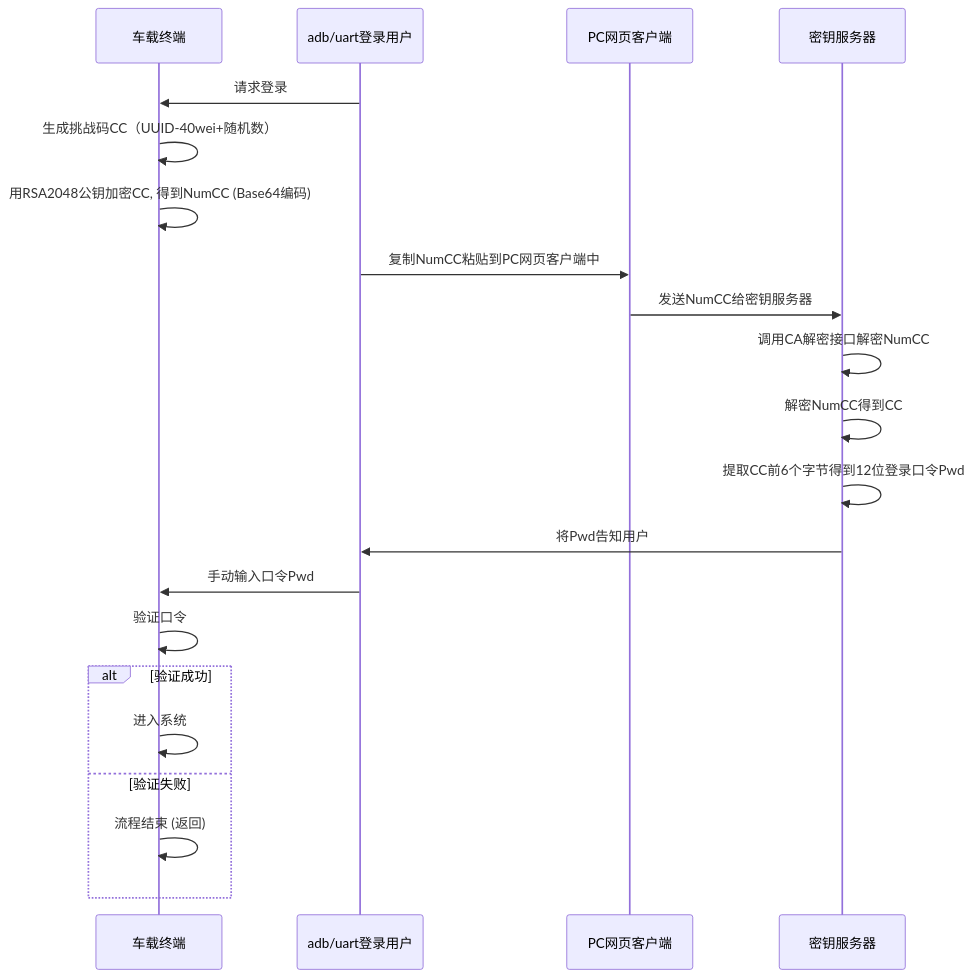
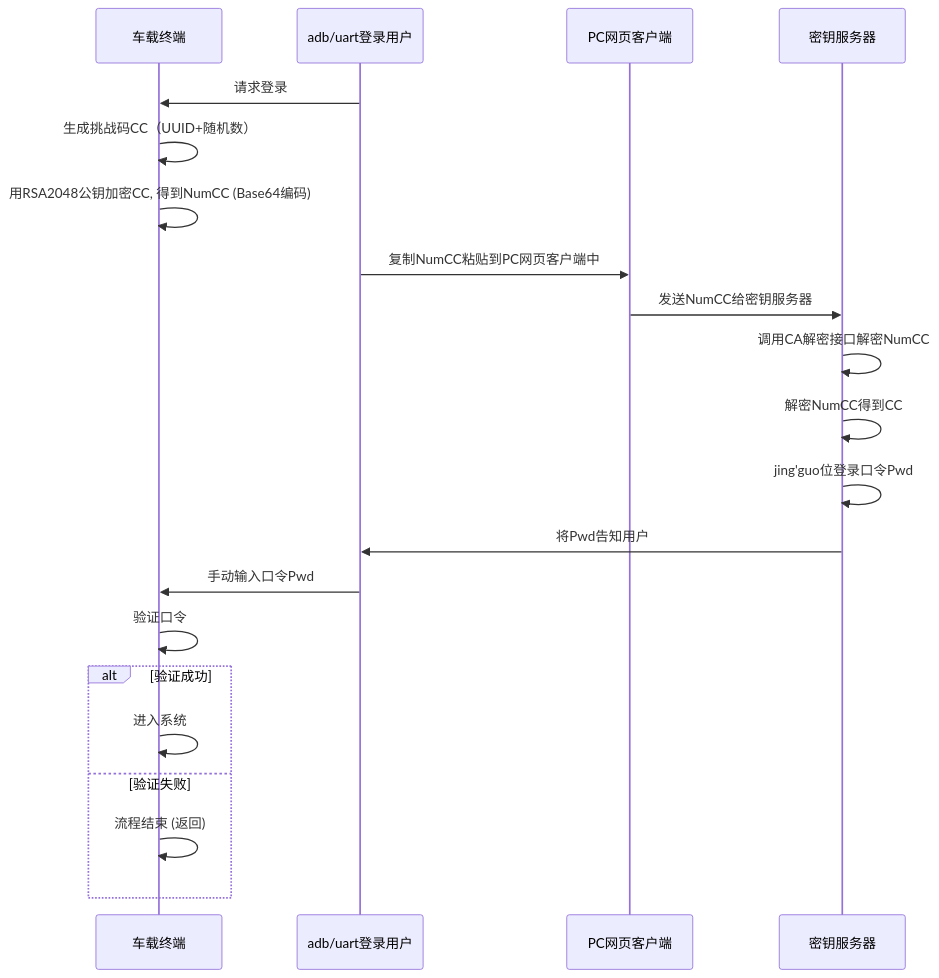
One commit to facebook-cloud/iodraw-files changed the diagram in all/未命名-14.md. Above: the diagram before and after it, drawn with Mermaid.

Commit message:
2026-02-03 13:30:12 update

````diff
--- a/all/未命名-14.md
+++ b/all/未命名-14.md
@@ -1,27 +1,27 @@
 ```mermaid
 sequenceDiagram
     participant tbox as 车载终端
     participant user as adb/uart登录用户
     participant pc as PC网页客户端
     participant tech_center as 密钥服务器
   
 
     user->>tbox: 请求登录
-    tbox->>tbox: 生成挑战码CC（UUID-40wei+随机数）
+    tbox->>tbox: 生成挑战码CC（UUID+随机数）
     tbox->>tbox: 用RSA2048公钥加密CC, 得到NumCC (Base64编码)
     user->>pc: 复制NumCC粘贴到PC网页客户端中
     pc->>tech_center: 发送NumCC给密钥服务器
     tech_center->>tech_center: 调用CA解密接口解密NumCC
     tech_center->>tech_center: 解密NumCC得到CC
-    tech_center->>tech_center: 提取CC前6个字节得到12位登录口令Pwd
+    tech_center->>tech_center: jing'guo位登录口令Pwd
     tech_center->>user: 将Pwd告知用户
     user->>tbox: 手动输入口令Pwd
     tbox->>tbox: 验证口令
     alt 验证成功
         tbox->>tbox: 进入系统
     else 验证失败
         tbox->>tbox: 流程结束 (返回)
     end
 
 
 ```
````
